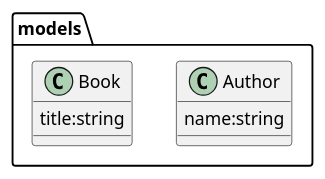
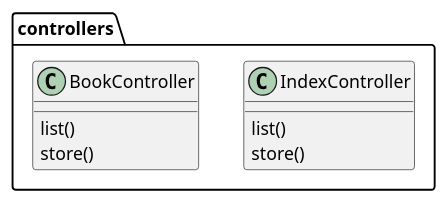
Before and after one commit to brianpando/plantUmlGen: the diagram in plantuml.pu, drawn with PlantUML. The commit also changed 8 other files, not shown here.

```diff
--- a/plantuml.pu
+++ b/plantuml.pu
@@ -1,8 +1,10 @@
 @startuml
-class models.Author{
-	name:string
+class controllers.IndexController{
+	list()
+	store()
 }
-class models.Book{
-title:string
+class controllers.BookController{
+	list()
+	store()
 }
 @enduml
```
